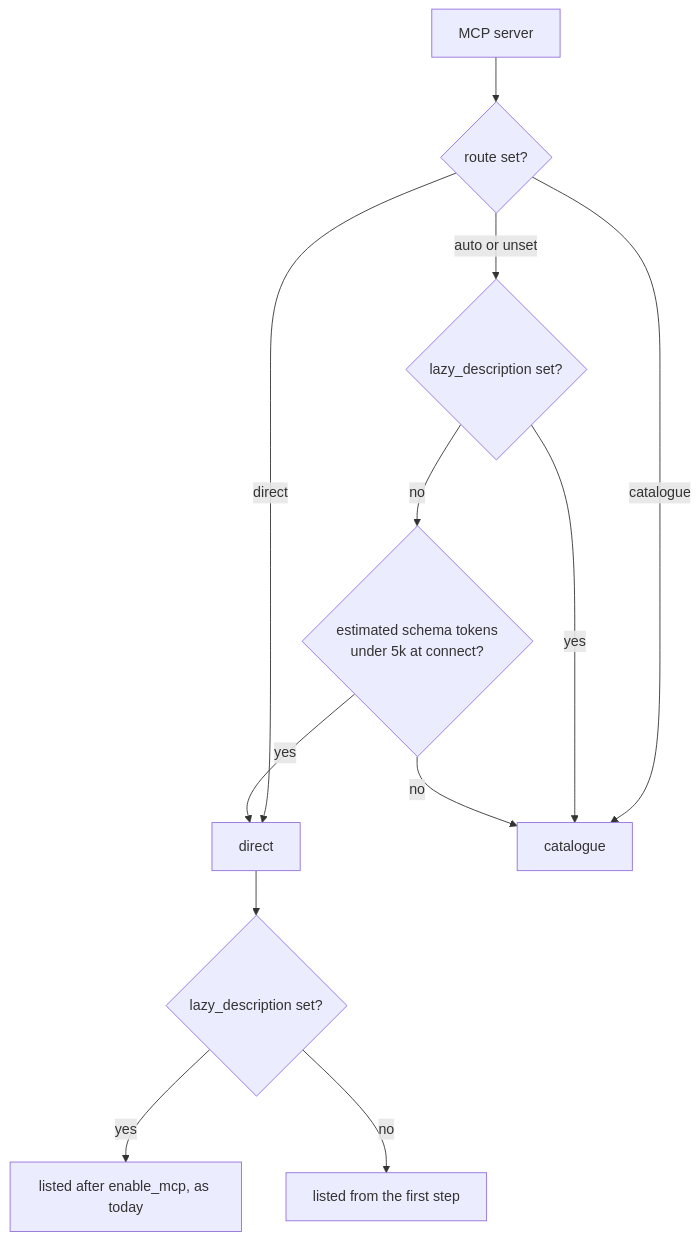
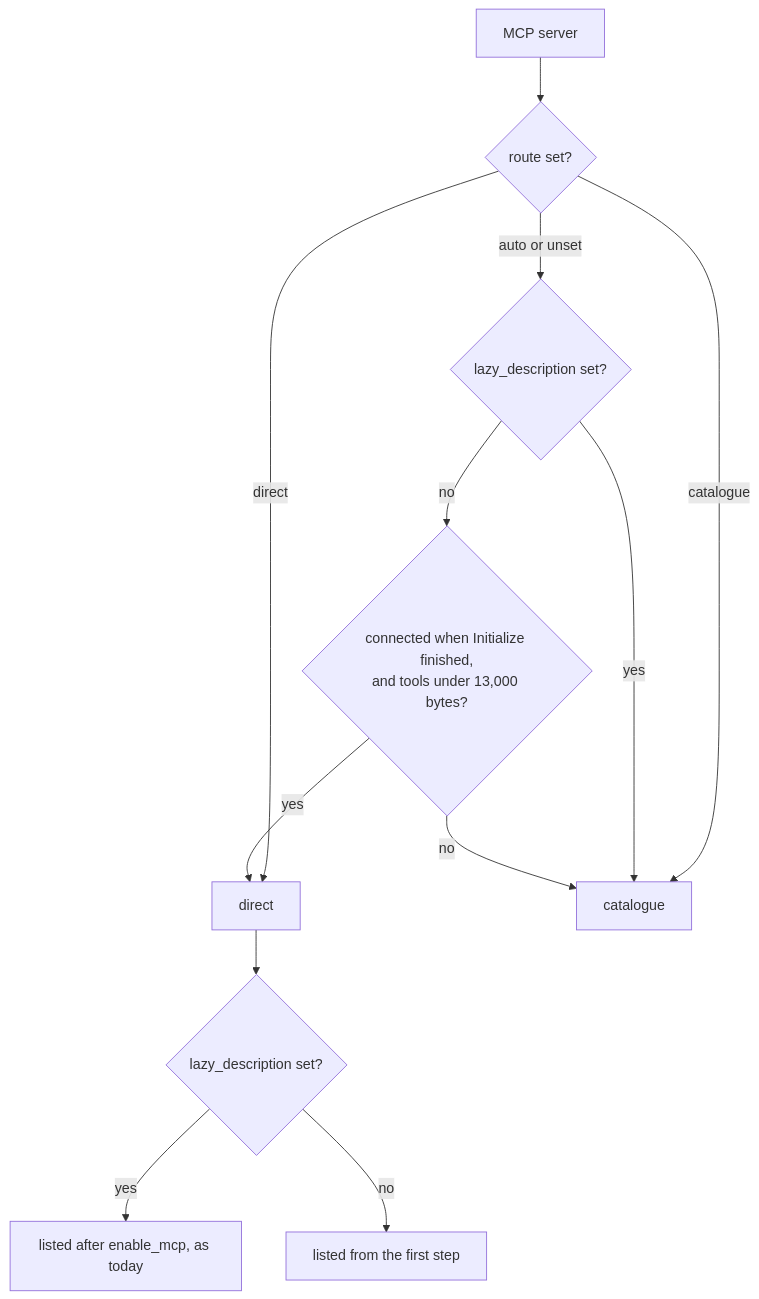
The first of 2 diagrams in plans/design-2026-10-23-mcp-tool-catalogue.md (Broderick-Westrope/anvil), drawn with Mermaid before and after one commit. The commit also changed other lines of this file, not shown here.

````diff
--- a/plans/design-2026-10-23-mcp-tool-catalogue.md
+++ b/plans/design-2026-10-23-mcp-tool-catalogue.md
@@ -50,14 +51,14 @@
 ```mermaid
 flowchart TD
     A[MCP server] --> B{route set?}
     B -- direct --> D[direct]
     B -- catalogue --> C[catalogue]
     B -- auto or unset --> E{lazy_description set?}
     E -- yes --> C
-    E -- no --> F{estimated schema tokens<br/>under 5k at connect?}
+    E -- no --> F{connected when Initialize finished,<br/>and tools under 13,000 bytes?}
     F -- yes --> D
     F -- no --> C
     D --> G{lazy_description set?}
     G -- yes --> H[listed after enable_mcp, as today]
     G -- no --> I[listed from the first step]
 ```
````
